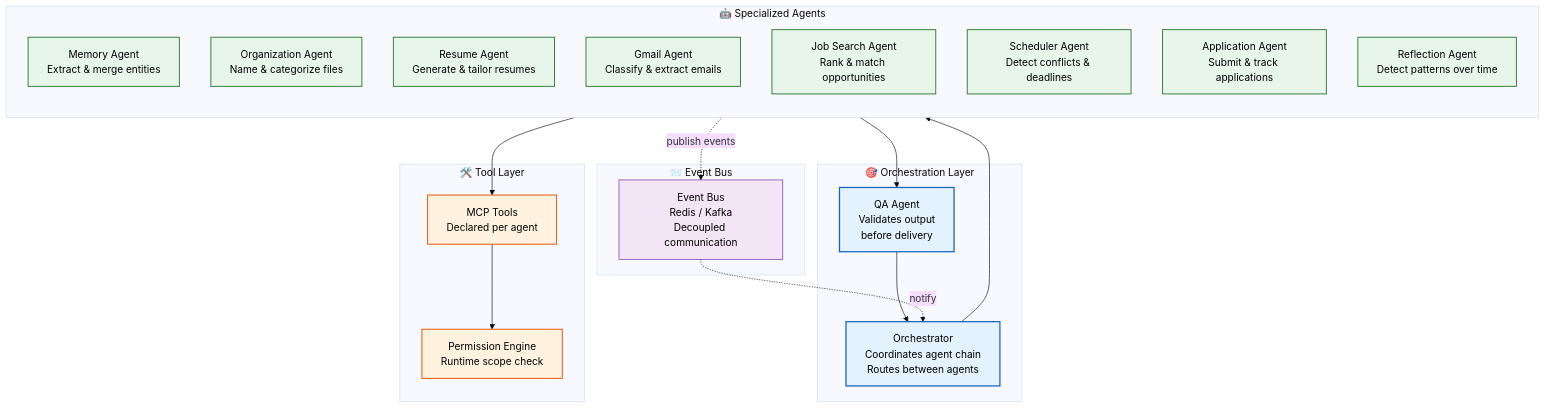
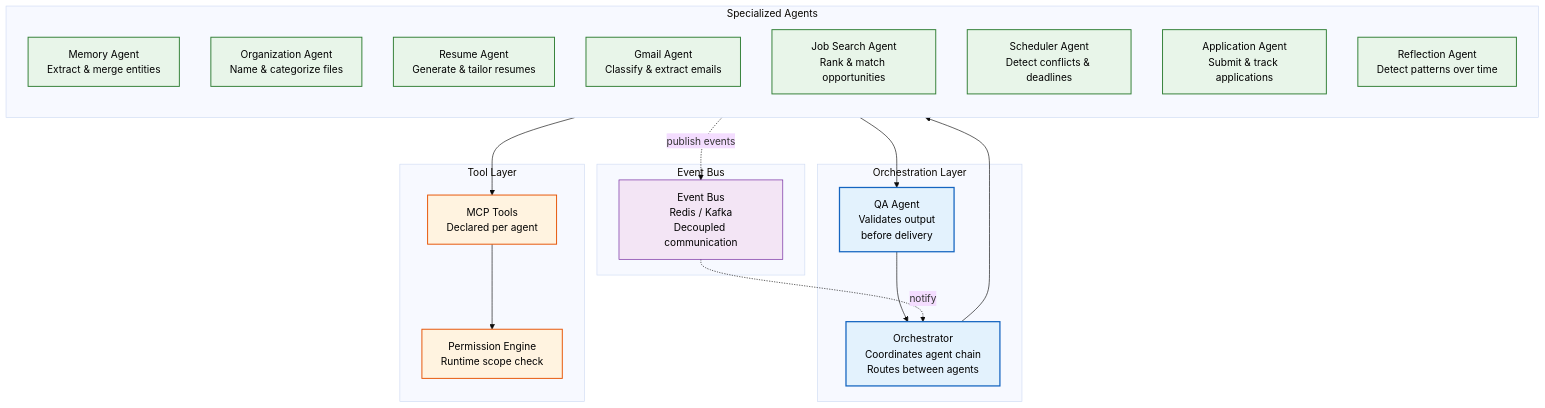
One commit to Driftloom/Vaeloom changed the first of 2 diagrams in docs/ai/AI-Agents.md. Above: the diagram before and after it, drawn with Mermaid (base theme). The commit also changed other lines of this file and 694 other files, not shown here.

First line of the commit message:
docs: mermaid standardization — encoding/mermaid/duplicate cleanup

````diff
--- a/docs/ai/AI-Agents.md
+++ b/docs/ai/AI-Agents.md
@@ -30,47 +30,47 @@
 ```mermaid
 graph TD
-    classDef orchestrator fill:#e3f2fd,stroke:#1565c0,color:#000,stroke-width:2px
-    classDef agent fill:#e8f5e9,stroke:#2e7d32,color:#000,stroke-width:1.5px
-    classDef infra fill:#fff3e0,stroke:#e65100,color:#000,stroke-width:1.5px
-    classDef event fill:#f3e5f5,stroke:#6a1b9a,color:#000,stroke-width:1px
+ classDef orchestrator fill:#e3f2fd,stroke:#1565c0,color:#000,stroke-width:2px
+ classDef agent fill:#e8f5e9,stroke:#2e7d32,color:#000,stroke-width:1.5px
+ classDef infra fill:#fff3e0,stroke:#e65100,color:#000,stroke-width:1.5px
+ classDef event fill:#f3e5f5,stroke:#6a1b9a,color:#000,stroke-width:1px
 
-    subgraph Orchestration["🎯 Orchestration Layer"]
-        ORCH["Orchestrator<br/>Coordinates agent chain<br/>Routes between agents"]
-        QA["QA Agent<br/>Validates output<br/>before delivery"]
-    end
+ subgraph Orchestration["Orchestration Layer"]
+ ORCH["Orchestrator<br/>Coordinates agent chain<br/>Routes between agents"]
+ QA["QA Agent<br/>Validates output<br/>before delivery"]
+ end
 
-    subgraph Agents["🤖 Specialized Agents"]
-        direction TB
-        A1["Memory Agent<br/>Extract & merge entities"]
-        A2["Organization Agent<br/>Name & categorize files"]
-        A3["Resume Agent<br/>Generate & tailor resumes"]
-        A4["Gmail Agent<br/>Classify & extract emails"]
-        A5["Job Search Agent<br/>Rank & match opportunities"]
-        A6["Scheduler Agent<br/>Detect conflicts & deadlines"]
-        A7["Application Agent<br/>Submit & track applications"]
-        A8["Reflection Agent<br/>Detect patterns over time"]
-    end
+ subgraph Agents["Specialized Agents"]
+ direction TB
+ A1["Memory Agent<br/>Extract & merge entities"]
+ A2["Organization Agent<br/>Name & categorize files"]
+ A3["Resume Agent<br/>Generate & tailor resumes"]
+ A4["Gmail Agent<br/>Classify & extract emails"]
+ A5["Job Search Agent<br/>Rank & match opportunities"]
+ A6["Scheduler Agent<br/>Detect conflicts & deadlines"]
+ A7["Application Agent<br/>Submit & track applications"]
+ A8["Reflection Agent<br/>Detect patterns over time"]
+ end
 
-    subgraph Tools["🛠️ Tool Layer"]
-        MCP["MCP Tools<br/>Declared per agent"]
-        PERM["Permission Engine<br/>Runtime scope check"]
-    end
+ subgraph Tools["Tool Layer"]
+ MCP["MCP Tools<br/>Declared per agent"]
+ PERM["Permission Engine<br/>Runtime scope check"]
+ end
 
-    subgraph Events["📨 Event Bus"]
-        EB["Event Bus<br/>Redis / Kafka\nDecoupled communication"]
-    end
+ subgraph Events["Event Bus"]
+ EB["Event Bus<br/>Redis / Kafka\nDecoupled communication"]
+ end
 
-    ORCH --> Agents
-    Agents --> QA
-    QA --> ORCH
-    Agents --> MCP
-    MCP --> PERM
-    Agents -.->|publish events| EB
-    EB -.->|notify| ORCH
+ ORCH--> Agents
+ Agents--> QA
+ QA--> ORCH
+ Agents--> MCP
+ MCP--> PERM
+ Agents -.->|publish events| EB
+ EB -.->|notify| ORCH
 
-    class ORCH,QA orchestrator
-    class A1,A2,A3,A4,A5,A6,A7,A8 agent
-    class MCP,PERM infra
-    class EB event
+ class ORCH,QA orchestrator
+ class A1,A2,A3,A4,A5,A6,A7,A8 agent
+ class MCP,PERM infra
+ class EB event
 
 ```
````
